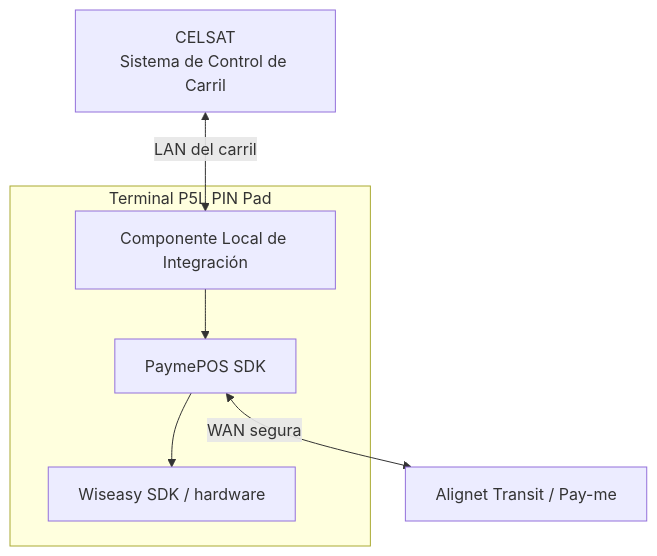
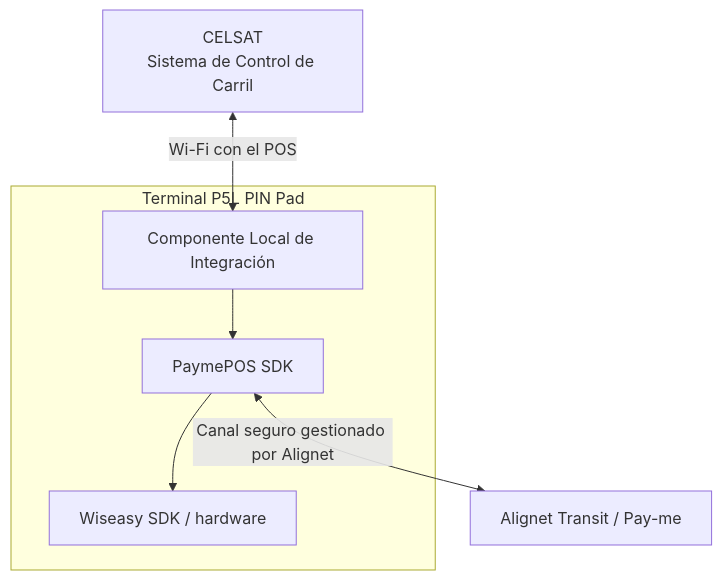
Before and after one commit to alignet-docs/alignet-developers: the diagram in procesamiento-fisico/alignet-transit/introduccion.mdx, drawn with Mermaid. The commit also changed other lines of this file and 13 other files, not shown here.

````diff
--- a/procesamiento-fisico/alignet-transit/introduccion.mdx
+++ b/procesamiento-fisico/alignet-transit/introduccion.mdx
@@ -33,17 +33,17 @@
 ```mermaid
 flowchart TB
     SCC[CELSAT<br/>Sistema de Control de Carril]
 
     subgraph P5L[Terminal P5L PIN Pad]
         LOCAL[Componente Local de Integración]
         PAYME[PaymePOS SDK]
         WISEASY[Wiseasy SDK / hardware]
         LOCAL --> PAYME
         PAYME --> WISEASY
     end
 
     TRANSIT[Alignet Transit / Pay-me]
 
-    SCC <-->|LAN del carril| LOCAL
-    PAYME <-->|WAN segura| TRANSIT
+    SCC <-->|Wi-Fi con el POS| LOCAL
+    PAYME <-->|Canal seguro gestionado por Alignet| TRANSIT
 ```
````
